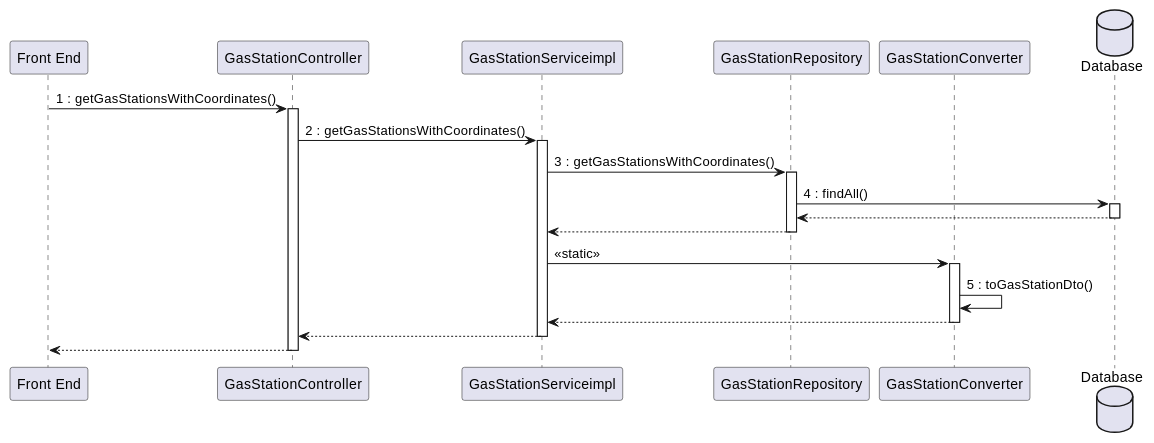
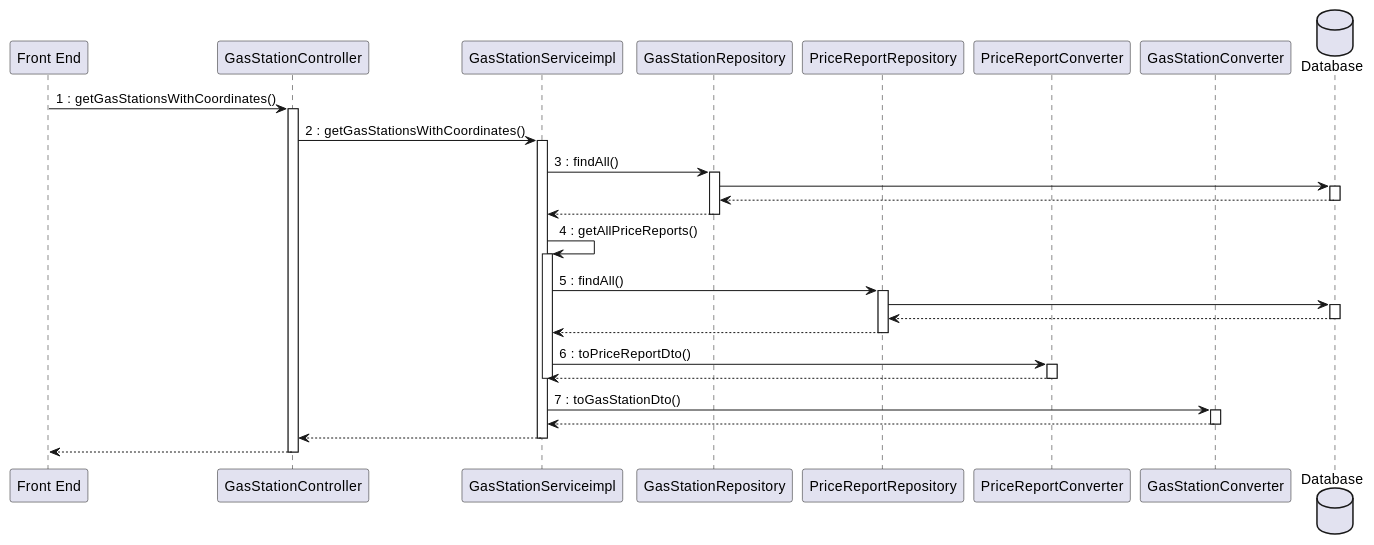
One commit to mosTavassoli/ezgas changed diagram 12 of 15 in docs/DesignDocument.md. Above: the diagram before and after it, drawn with PlantUML. The commit also changed other lines of this file, not shown here.

Commit message:
docs(DesignDocument): fix and improve sequence diagrams

````diff
--- a/docs/DesignDocument.md
+++ b/docs/DesignDocument.md
@@ -776,19 +800,30 @@
 ```plantuml
 database Database order 30
 "Front End" -> GasStationController:1 : getGasStationsWithCoordinates()
 activate GasStationController
 GasStationController -> GasStationServiceimpl:2 : getGasStationsWithCoordinates()
 activate GasStationServiceimpl
-GasStationServiceimpl -> GasStationRepository:3 : getGasStationsWithCoordinates()
+GasStationServiceimpl -> GasStationRepository:3 : findAll()
 activate GasStationRepository
-GasStationRepository -> Database:4 : findAll()
+GasStationRepository -> Database
 activate Database
 return
 return
-GasStationServiceimpl -> GasStationConverter:<<static>>
+GasStationServiceimpl -> GasStationServiceimpl:4 : getAllPriceReports()
+activate GasStationServiceimpl
+GasStationServiceimpl -> PriceReportRepository:5 : findAll()
+activate PriceReportRepository
+PriceReportRepository -> Database
+activate Database
+return
+return
+GasStationServiceimpl -> PriceReportConverter:6 : toPriceReportDto()
+activate PriceReportConverter
+return
+deactivate GasStationServiceimpl
+GasStationServiceimpl -> GasStationConverter:7 : toGasStationDto()
 activate GasStationConverter
-GasStationConverter -> GasStationConverter:5 : toGasStationDto()
 return
 return
 return
 ```
````
